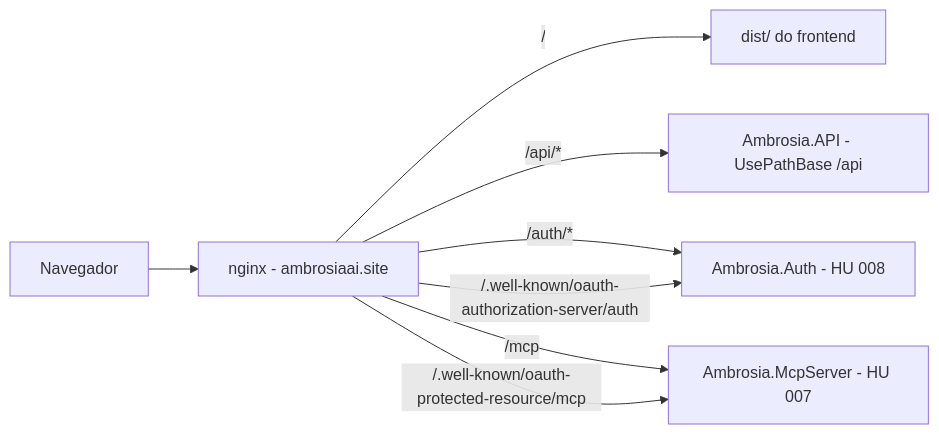
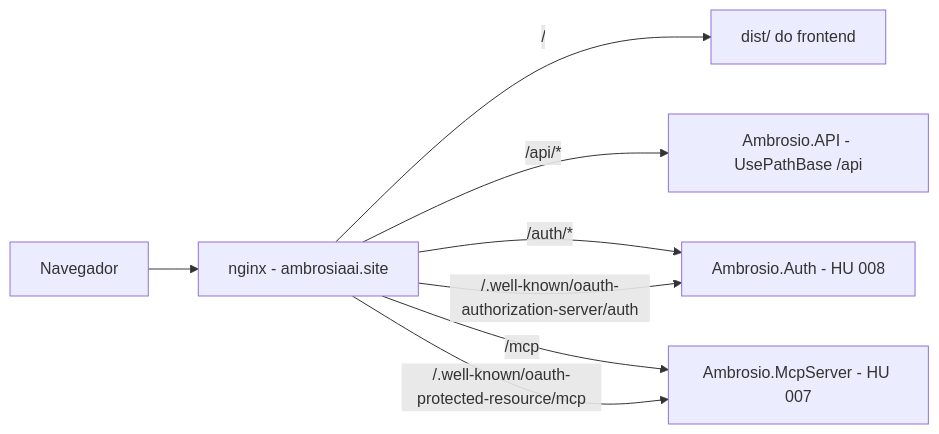
One commit to landim32/ambrosia changed the first of 2 diagrams in docs/historias/002-frontend-web-perfil-cliente-pedidos.md. Above: the diagram before and after it, drawn with Mermaid. The commit also changed other lines of this file and 508 other files, not shown here.

First line of the commit message:
chore: renomeia o projeto de Ambrosia para Ambrosio

````diff
--- a/docs/historias/002-frontend-web-perfil-cliente-pedidos.md
+++ b/docs/historias/002-frontend-web-perfil-cliente-pedidos.md
@@ -123,10 +123,10 @@
 ```mermaid
 flowchart LR
     N[Navegador] --> X[nginx - ambrosiaai.site]
     X -->|/| F[dist/ do frontend]
-    X -->|/api/*| A[Ambrosia.API - UsePathBase /api]
-    X -->|/auth/*| S[Ambrosia.Auth - HU 008]
-    X -->|/mcp| MS[Ambrosia.McpServer - HU 007]
+    X -->|/api/*| A[Ambrosio.API - UsePathBase /api]
+    X -->|/auth/*| S[Ambrosio.Auth - HU 008]
+    X -->|/mcp| MS[Ambrosio.McpServer - HU 007]
     X -->|/.well-known/oauth-authorization-server/auth| S
     X -->|/.well-known/oauth-protected-resource/mcp| MS
 ```
````
